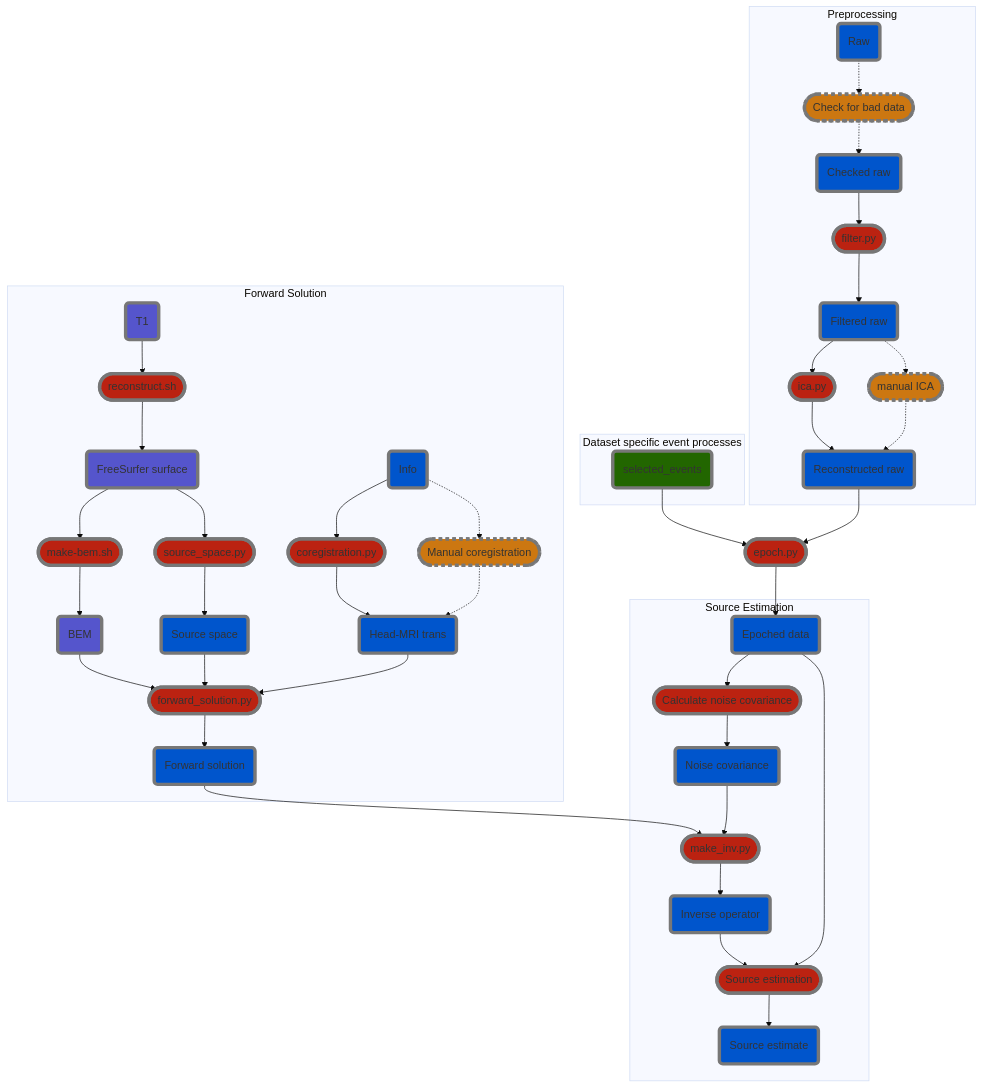
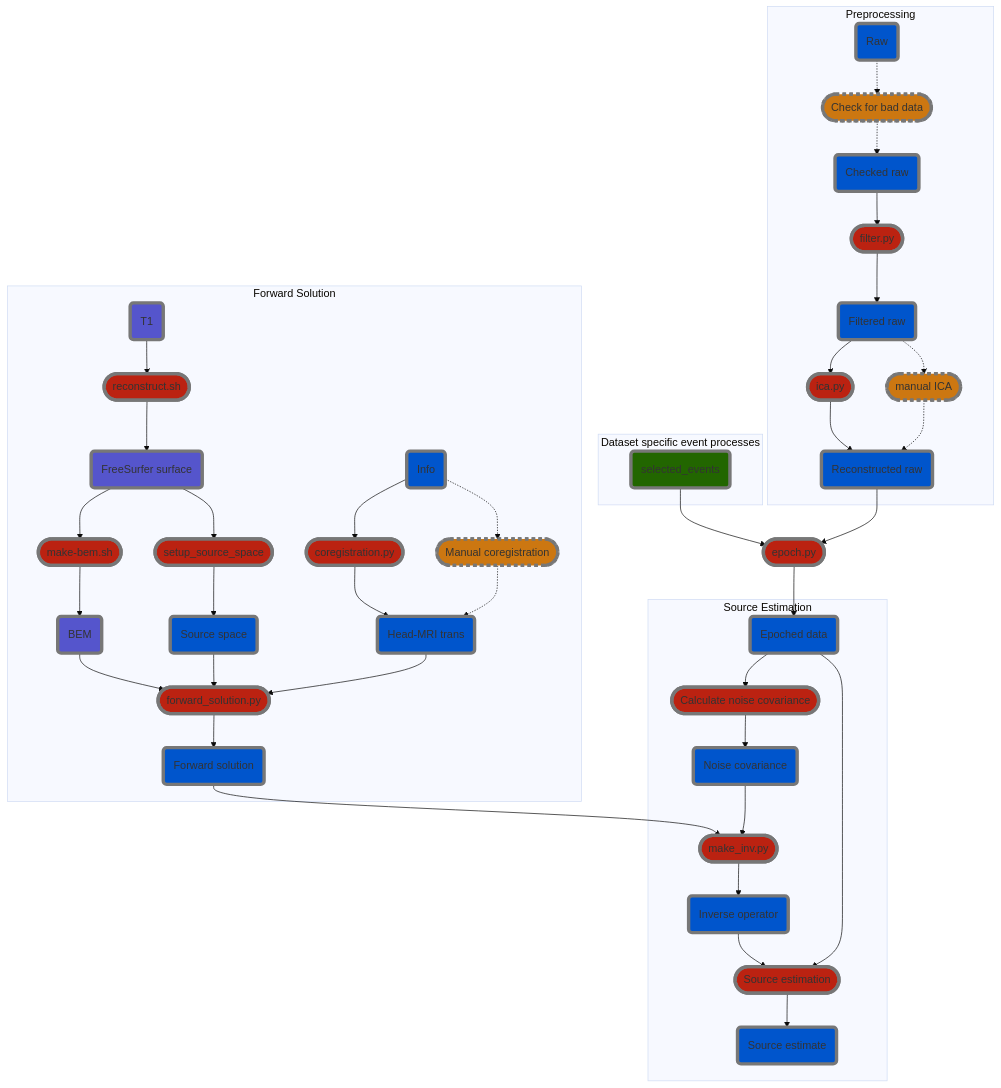
The diagram in README.md (hiroyoshi-yamasaki/MNE-MVPA), drawn with Mermaid (base theme) before and after one commit.

Commit message:
not an independent file anymore

```diff
--- a/README.md
+++ b/README.md
@@ -51,7 +51,7 @@
         make_bem --> bem("BEM"):::other_data;
         
         %% Source space
-        fs_surface --> make_src(["source_space.py"]):::automatic_process;
+        fs_surface --> make_src(["setup_source_space"]):::automatic_process;
         make_src --> src("Source space"):::mne_data;
         
         %% Coregistration
```
